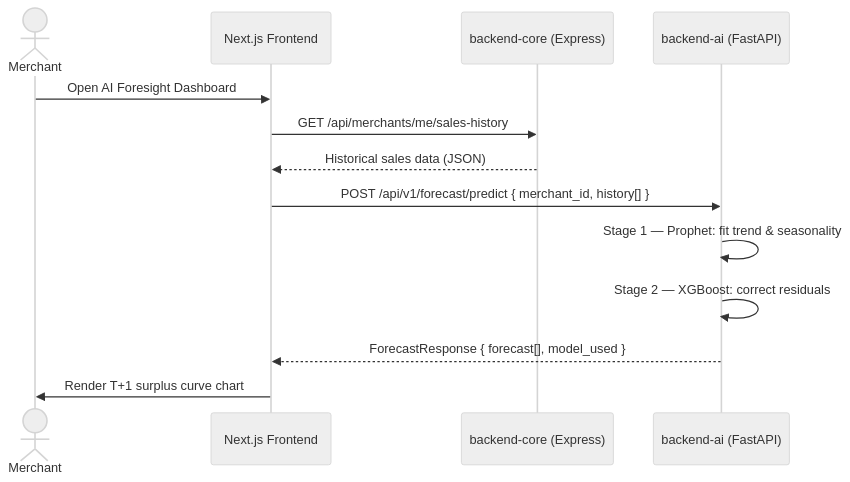
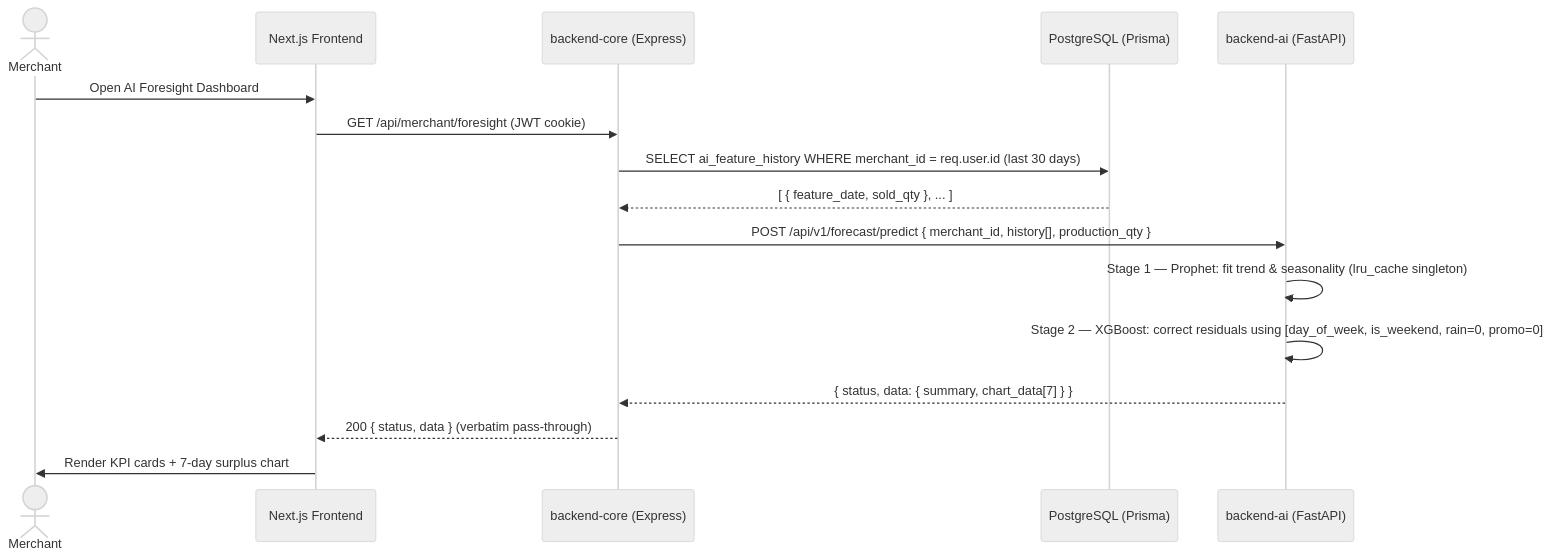
The second of 3 diagrams in PRD_Savebite.md (ms-hamid/SaveBite), drawn with Mermaid (neutral theme) before and after one commit. The commit also changed other lines of this file and 17 other files, not shown here.

Commit message:
feat(ai): integrate two-stage stacking forecast pipeline and proxy

````diff
--- a/PRD_Savebite.md
+++ b/PRD_Savebite.md
@@ -461,16 +469,19 @@
 ```mermaid
 sequenceDiagram
     actor Merchant
     participant Frontend as Next.js Frontend
     participant Core as backend-core (Express)
+    participant DB as PostgreSQL (Prisma)
     participant AI as backend-ai (FastAPI)
 
     Merchant->>Frontend: Open AI Foresight Dashboard
-    Frontend->>Core: GET /api/merchants/me/sales-history
-    Core-->>Frontend: Historical sales data (JSON)
-    Frontend->>AI: POST /api/v1/forecast/predict { merchant_id, history[] }
-    AI->>AI: Stage 1 — Prophet: fit trend & seasonality
-    AI->>AI: Stage 2 — XGBoost: correct residuals
-    AI-->>Frontend: ForecastResponse { forecast[], model_used }
-    Frontend->>Merchant: Render T+1 surplus curve chart
+    Frontend->>Core: GET /api/merchant/foresight (JWT cookie)
+    Core->>DB: SELECT ai_feature_history WHERE merchant_id = req.user.id (last 30 days)
+    DB-->>Core: [ { feature_date, sold_qty }, ... ]
+    Core->>AI: POST /api/v1/forecast/predict { merchant_id, history[], production_qty }
+    AI->>AI: Stage 1 — Prophet: fit trend & seasonality (lru_cache singleton)
+    AI->>AI: Stage 2 — XGBoost: correct residuals using [day_of_week, is_weekend, rain=0, promo=0]
+    AI-->>Core: { status, data: { summary, chart_data[7] } }
+    Core-->>Frontend: 200 { status, data } (verbatim pass-through)
+    Frontend->>Merchant: Render KPI cards + 7-day surplus chart
 ```
````
